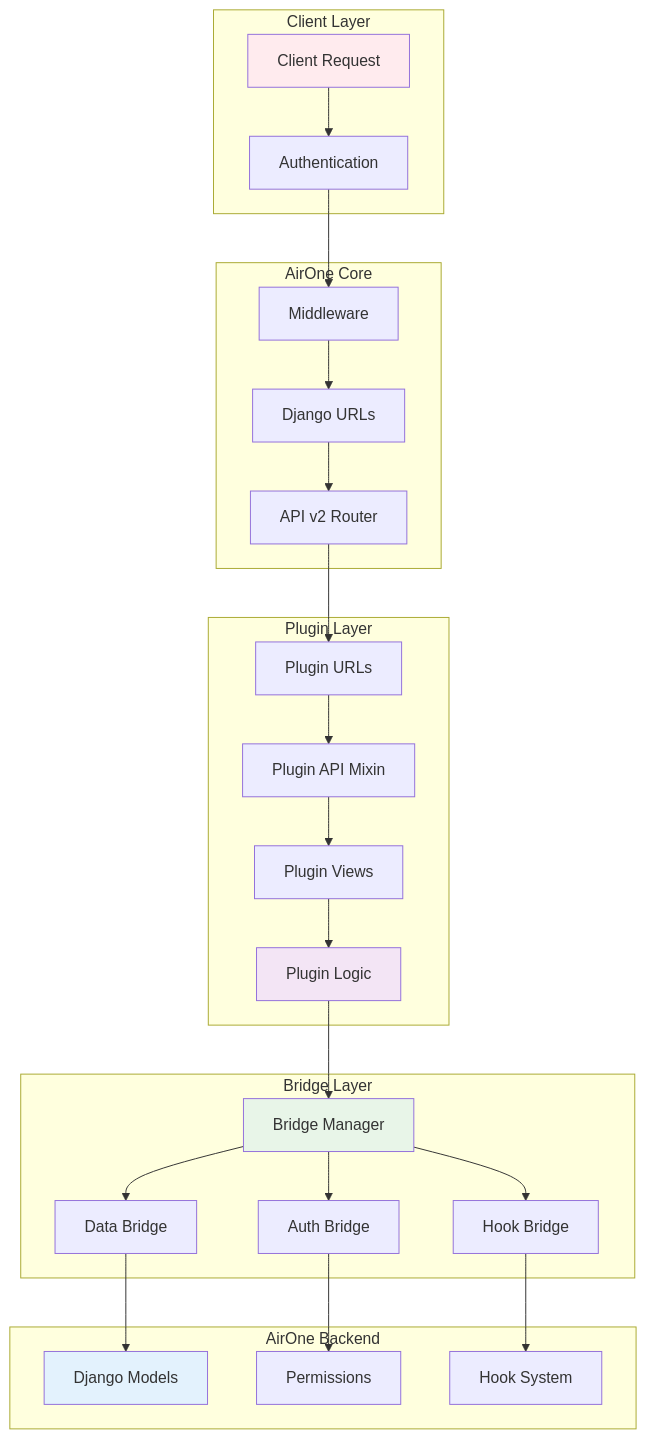
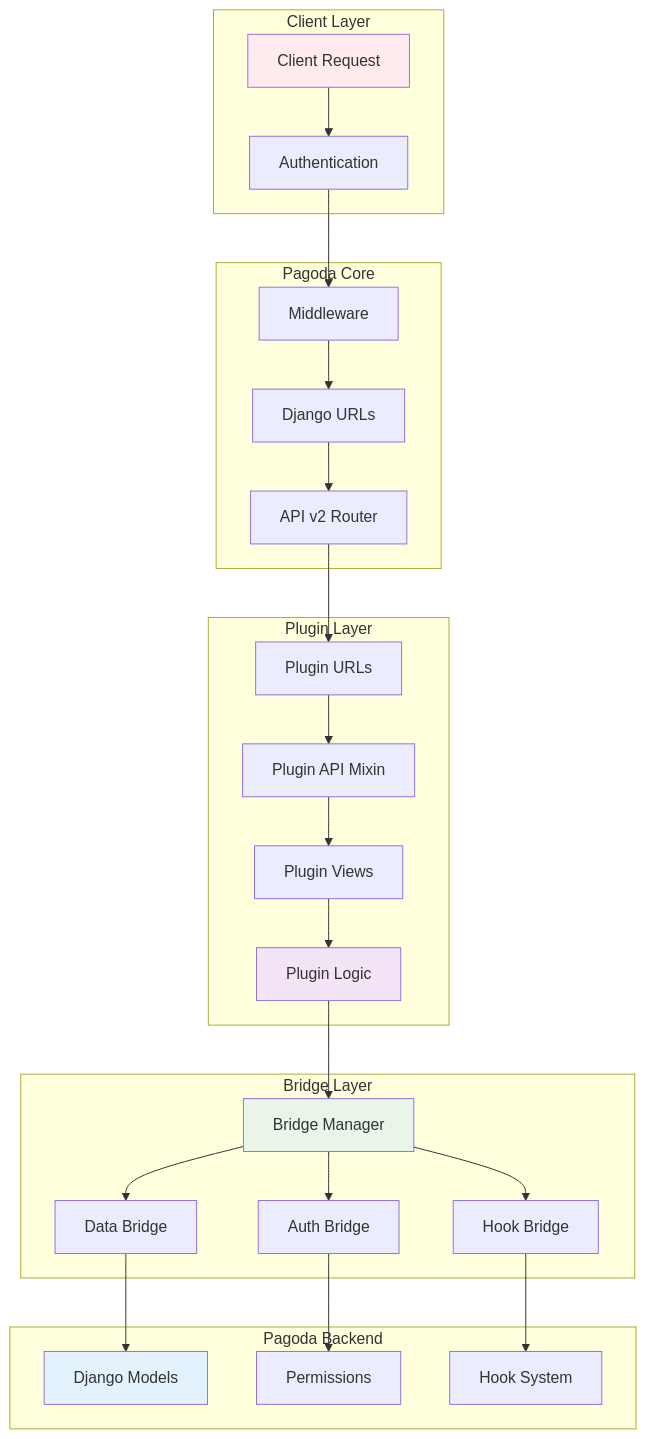
The fourth of 11 diagrams in docs/content/advanced/plugin_architecture_diagrams.md (dmm-com/pagoda), drawn with Mermaid before and after one commit. The commit also changed other lines of this file and 5 other files, not shown here.

````diff
--- a/docs/content/advanced/plugin_architecture_diagrams.md
+++ b/docs/content/advanced/plugin_architecture_diagrams.md
@@ -126,56 +126,56 @@
 ```mermaid
 graph TB
     subgraph "Client Layer"
         CL[Client Request]
         AUTH[Authentication]
     end
 
-    subgraph "AirOne Core"
+    subgraph "Pagoda Core"
         URLS[Django URLs]
         MW[Middleware]
         APIV2[API v2 Router]
     end
 
     subgraph "Plugin Layer"
         PU[Plugin URLs]
         PAM[Plugin API Mixin]
         PV[Plugin Views]
         PL[Plugin Logic]
     end
 
     subgraph "Bridge Layer"
         BM[Bridge Manager]
         AB[Auth Bridge]
         DB[Data Bridge]
         HB[Hook Bridge]
     end
 
-    subgraph "AirOne Backend"
+    subgraph "Pagoda Backend"
         MODELS[Django Models]
         PERMS[Permissions]
         HOOKS[Hook System]
     end
 
     CL --> AUTH
     AUTH --> MW
     MW --> URLS
     URLS --> APIV2
     APIV2 --> PU
     PU --> PAM
     PAM --> PV
     PV --> PL
 
     PL --> BM
     BM --> AB
     BM --> DB
     BM --> HB
 
     AB --> PERMS
     DB --> MODELS
     HB --> HOOKS
 
     style CL fill:#ffebee
     style PL fill:#f3e5f5
     style BM fill:#e8f5e8
     style MODELS fill:#e3f2fd
 ```
````
